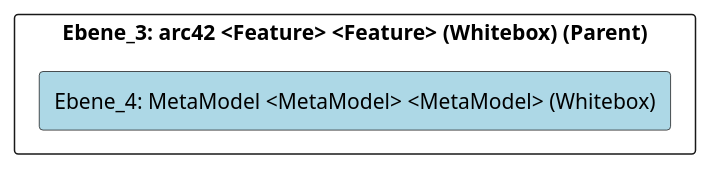
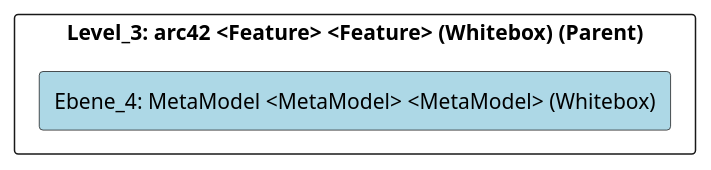
Before and after one commit to marcozwyssig/cleon: the diagram in doc/cleonproject_deliverables_architecture_model_architecture/adoc/de/05_bausteinsicht/cleon/architecture_methods/arc42/metamodel/ebene_4_metamodel.adoc, drawn with PlantUML. The commit also changed other lines of this file and 169 other files, not shown here.

```diff
--- a/doc/cleonproject_deliverables_architecture_model_architecture/adoc/de/05_bausteinsicht/cleon/architecture_methods/arc42/metamodel/ebene_4_metamodel.adoc
+++ b/doc/cleonproject_deliverables_architecture_model_architecture/adoc/de/05_bausteinsicht/cleon/architecture_methods/arc42/metamodel/ebene_4_metamodel.adoc
@@ -21,24 +21,24 @@
 [plantuml, Ebene_4: MetaModel <MetaModel> <MetaModel> (Whitebox)BlockOverview, format="svg"]
 ----
 @startuml Ebene_4: MetaModel <MetaModel> <MetaModel> (Whitebox)BuildingBlockOverview
 
 skinparam ranksep 10
 skinparam componentStyle rectangle
 skinparam shadowing false
 skinparam arrowColor lightblue
 skinparam arrowThickness 1.2
 skinparam rectangle {
   BackgroundColor White
   BorderColor #333
   RoundCorner 10
 }
 top to bottom direction
 
-component "Ebene_3: arc42 <Feature> <Feature> (Whitebox) (Parent)" {
+component "Level_3: arc42 <Feature> <Feature> (Whitebox) (Parent)" {
     component "Ebene_4: MetaModel <MetaModel> <MetaModel> (Whitebox)" #lightblue {
     }
 
 }
 
 @enduml
 ----
```
